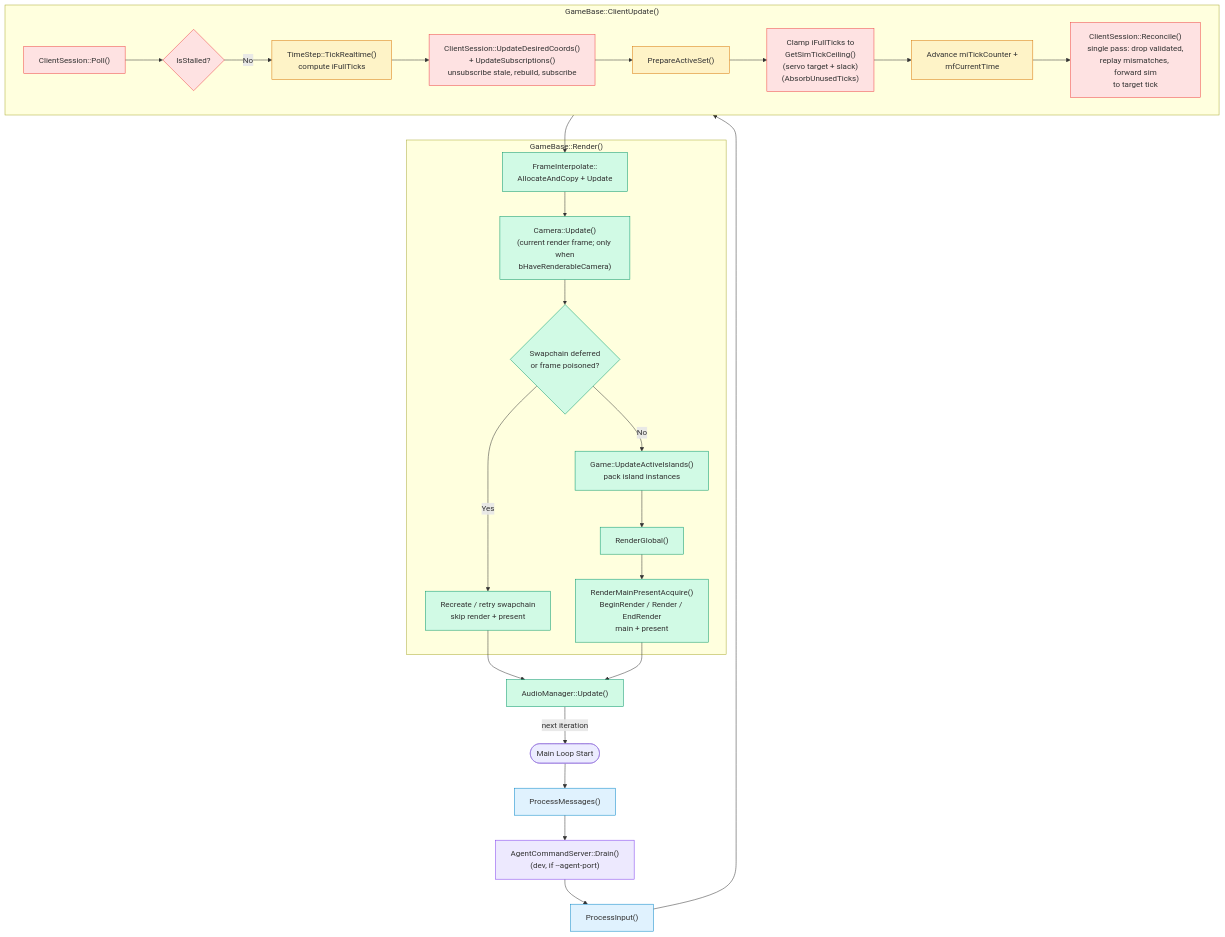
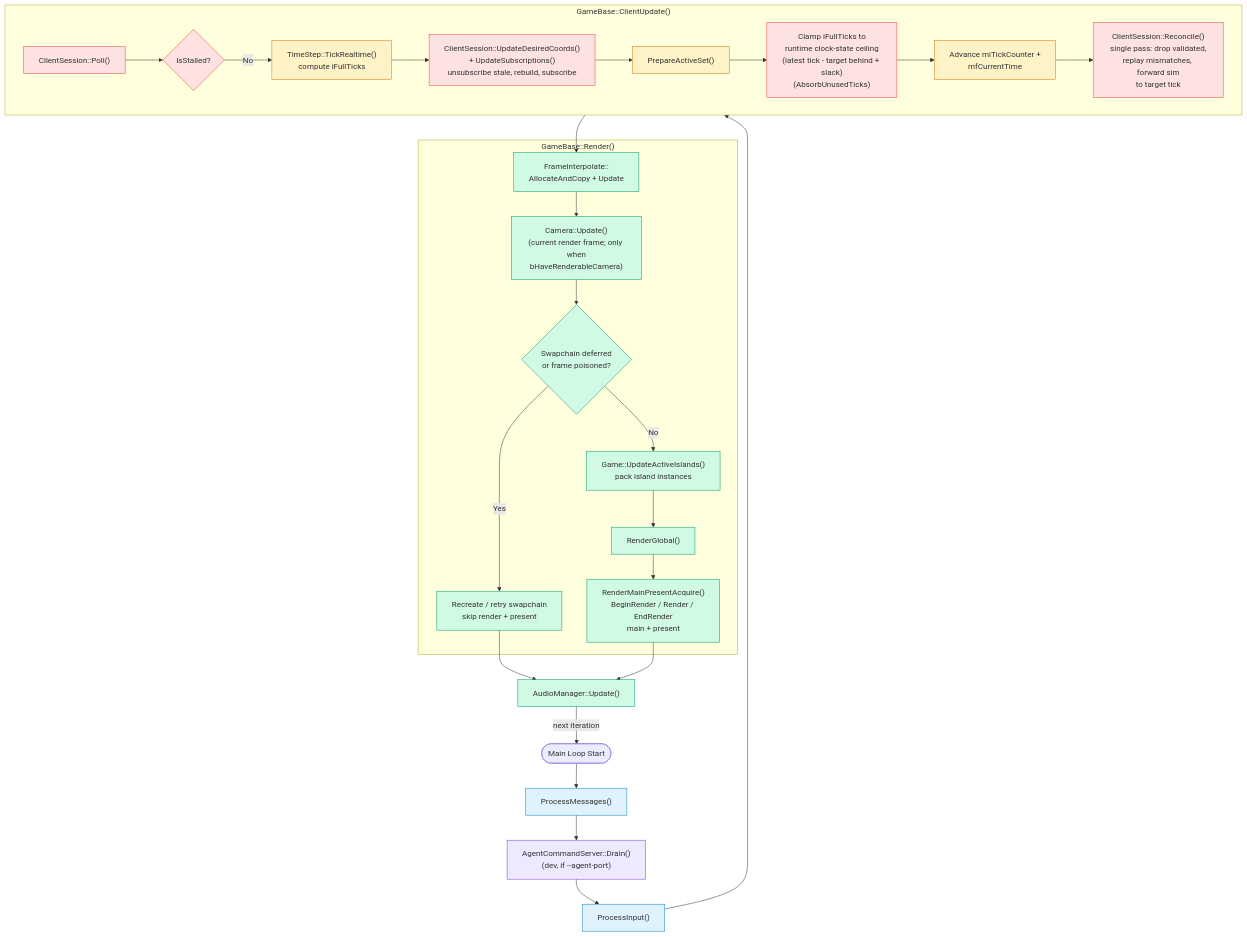
The second of 5 diagrams in Documents/Architecture/FrameUpdatePipeline.md (DougTanner/BrokenEnginePublic), drawn with Mermaid before and after one commit. The commit also changed other lines of this file and 383 other files, not shown here.

````diff
--- a/Documents/Architecture/FrameUpdatePipeline.md
+++ b/Documents/Architecture/FrameUpdatePipeline.md
@@ -54,54 +54,54 @@
 ```mermaid
 %%{init: {'theme': 'default'}}%%
 flowchart TD
     classDef input fill:#e0f2fe,stroke:#0284c7
     classDef physics fill:#fef3c7,stroke:#d97706
     classDef network fill:#fee2e2,stroke:#ef4444
     classDef render fill:#d1fae5,stroke:#059669
     classDef agent fill:#ede9fe,stroke:#7c3aed
 
     start(["Main Loop Start"])
 
     msgs["ProcessMessages()"]:::input
 
     agent_drain["AgentCommandServer::Drain()<br/>(dev, if --agent-port)"]:::agent
 
     preupdate["ProcessInput()"]:::input
 
     subgraph tick_frames ["GameBase::ClientUpdate()"]
         poll["ClientSession::Poll()"]:::network
         stall_check{"IsStalled?"}:::network
         poll --> stall_check
 
         ts["TimeStep::TickRealtime()<br/>compute iFullTicks"]:::physics
         subs["ClientSession::UpdateDesiredCoords()<br/>+ UpdateSubscriptions()<br/>unsubscribe stale, rebuild, subscribe"]:::network
         prepare_active["PrepareActiveSet()"]:::physics
-        clamp["Clamp iFullTicks to<br/>GetSimTickCeiling()<br/>(servo target + slack)<br/>(AbsorbUnusedTicks)"]:::network
+        clamp["Clamp iFullTicks to<br/>runtime clock-state ceiling<br/>(latest tick - target behind + slack)<br/>(AbsorbUnusedTicks)"]:::network
         advance["Advance miTickCounter +<br/>mfCurrentTime"]:::physics
         reconcile["ClientSession::Reconcile()<br/>single pass: drop validated,<br/>replay mismatches, forward sim<br/>to target tick"]:::network
 
         stall_check -->|No| ts --> subs --> prepare_active --> clamp --> advance --> reconcile
     end
 
     subgraph render_method ["GameBase::Render()"]
         r_interp["FrameInterpolate::<br/>AllocateAndCopy + Update"]:::render
         r_camera["Camera::Update()<br/>(current render frame; only when<br/>bHaveRenderableCamera)"]:::render
         r_swapchain{"Swapchain deferred<br/>or frame poisoned?"}:::render
         r_skip["Recreate / retry swapchain<br/>skip render + present"]:::render
         r_islands["Game::UpdateActiveIslands()<br/>pack island instances"]:::render
         r_global["RenderGlobal()"]:::render
         r_render["RenderMainPresentAcquire()<br/>BeginRender / Render / EndRender<br/>main + present"]:::render
 
         r_interp --> r_camera --> r_swapchain
         r_swapchain -->|Yes| r_skip
         r_swapchain -->|No| r_islands --> r_global --> r_render
     end
 
     audio["AudioManager::Update()"]:::render
 
     start --> msgs --> agent_drain --> preupdate --> tick_frames
     tick_frames --> r_interp
     r_skip --> audio
     r_render --> audio
     audio -->|next iteration| start
 ```
````
